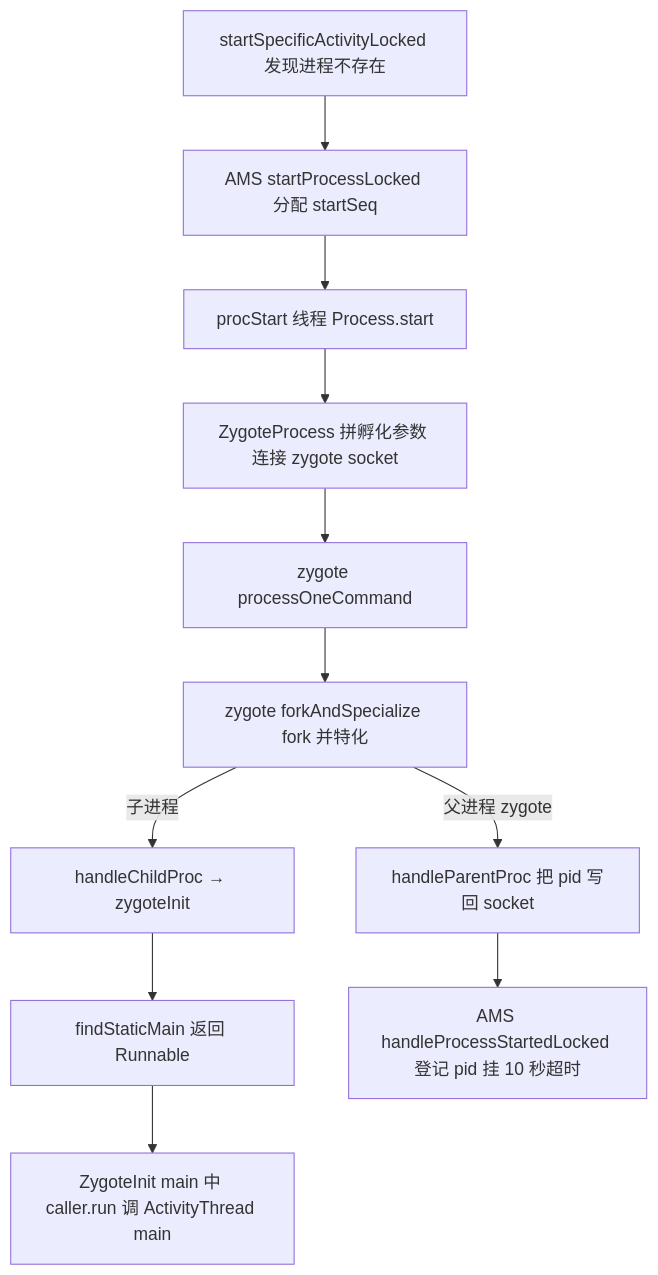
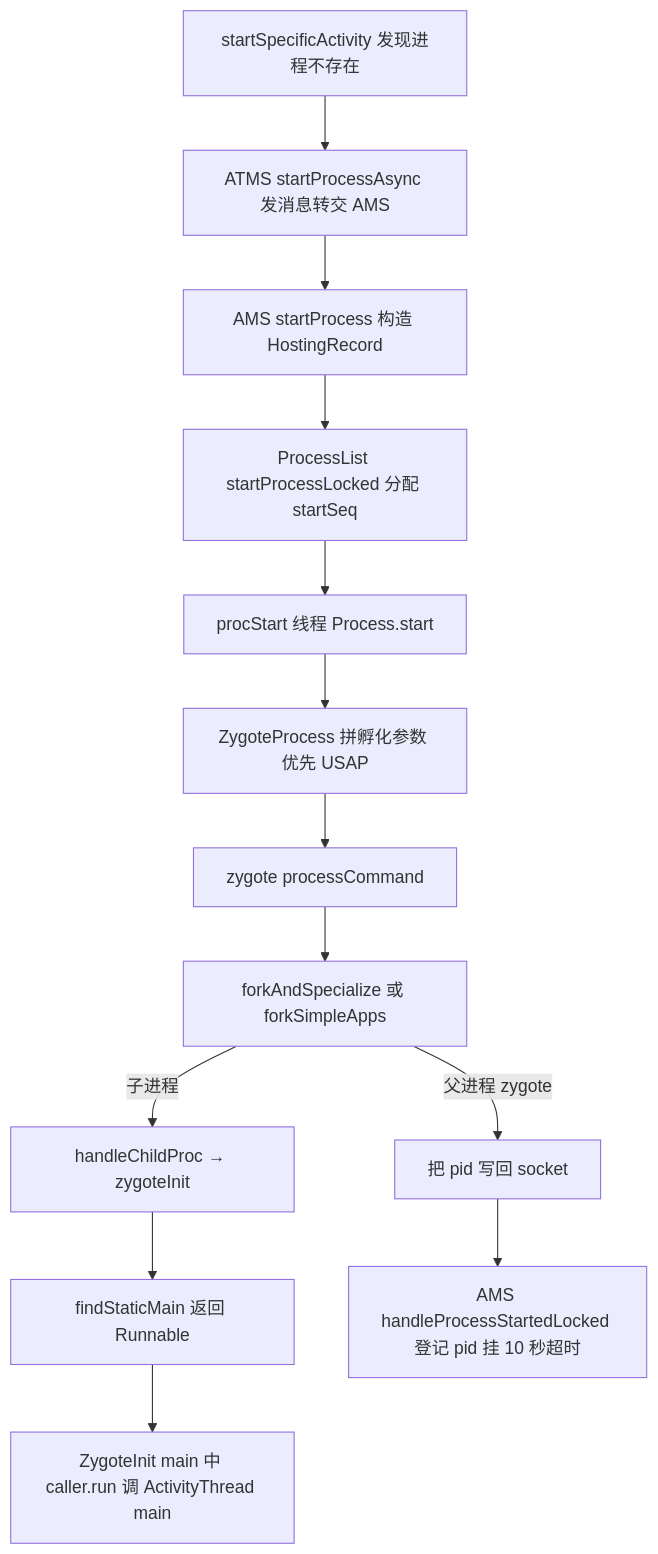
One commit to coswit/coswit.github.io changed the fifth of 7 diagrams in Android/Android源码分析/AndroidActivity源码分析.md. Above: the diagram before and after it, drawn with Mermaid. The commit also changed other lines of this file and 1 other file, not shown here.

````diff
--- a/Android/Android源码分析/AndroidActivity源码分析.md
+++ b/Android/Android源码分析/AndroidActivity源码分析.md
@@ -527,13 +518,15 @@
 ```mermaid
 flowchart TD
-    A[startSpecificActivityLocked 发现进程不存在] --> B[AMS startProcessLocked 分配 startSeq]
-    B --> C[procStart 线程 Process.start]
-    C --> D[ZygoteProcess 拼孵化参数 连接 zygote socket]
-    D --> E[zygote processOneCommand]
-    E --> F[zygote forkAndSpecialize fork 并特化]
-    F -->|子进程| G[handleChildProc → zygoteInit]
-    G --> H[findStaticMain 返回 Runnable]
-    H --> I[ZygoteInit main 中 caller.run 调 ActivityThread main]
-    F -->|父进程 zygote| J[handleParentProc 把 pid 写回 socket]
-    J --> K[AMS handleProcessStartedLocked 登记 pid 挂 10 秒超时]
+    A[startSpecificActivity 发现进程不存在] --> B[ATMS startProcessAsync 发消息转交 AMS]
+    B --> C[AMS startProcess 构造 HostingRecord]
+    C --> D[ProcessList startProcessLocked 分配 startSeq]
+    D --> E[procStart 线程 Process.start]
+    E --> F[ZygoteProcess 拼孵化参数 优先 USAP]
+    F --> G[zygote processCommand]
+    G --> H[forkAndSpecialize 或 forkSimpleApps]
+    H -->|子进程| I[handleChildProc → zygoteInit]
+    I --> J[findStaticMain 返回 Runnable]
+    J --> K[ZygoteInit main 中 caller.run 调 ActivityThread main]
+    H -->|父进程 zygote| L[把 pid 写回 socket]
+    L --> M[AMS handleProcessStartedLocked 登记 pid 挂 10 秒超时]
 ```
````
